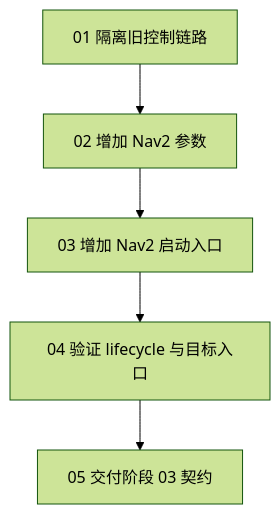
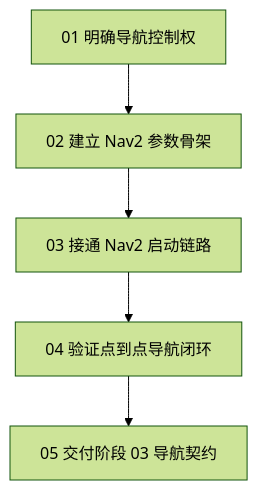
Before and after one commit to JeseKi/KiBotTwo: the diagram in docs/embodied-ai-roadmap/02-Nav2-导航接入/roadmap/index.md, drawn with Mermaid (forest theme). The commit also changed other lines of this file and 5 other files, not shown here.

````diff
--- a/docs/embodied-ai-roadmap/02-Nav2-导航接入/roadmap/index.md
+++ b/docs/embodied-ai-roadmap/02-Nav2-导航接入/roadmap/index.md
@@ -15,10 +15,10 @@
 ```mermaid
 flowchart TD
-  A["01 隔离旧控制链路"]
-  B["02 增加 Nav2 参数"]
-  C["03 增加 Nav2 启动入口"]
-  D["04 验证 lifecycle 与目标入口"]
-  E["05 交付阶段 03 契约"]
+  A["01 明确导航控制权"]
+  B["02 建立 Nav2 参数骨架"]
+  C["03 接通 Nav2 启动链路"]
+  D["04 验证点到点导航闭环"]
+  E["05 交付阶段 03 导航契约"]
 
   A --> B --> C --> D --> E
 ```
````
